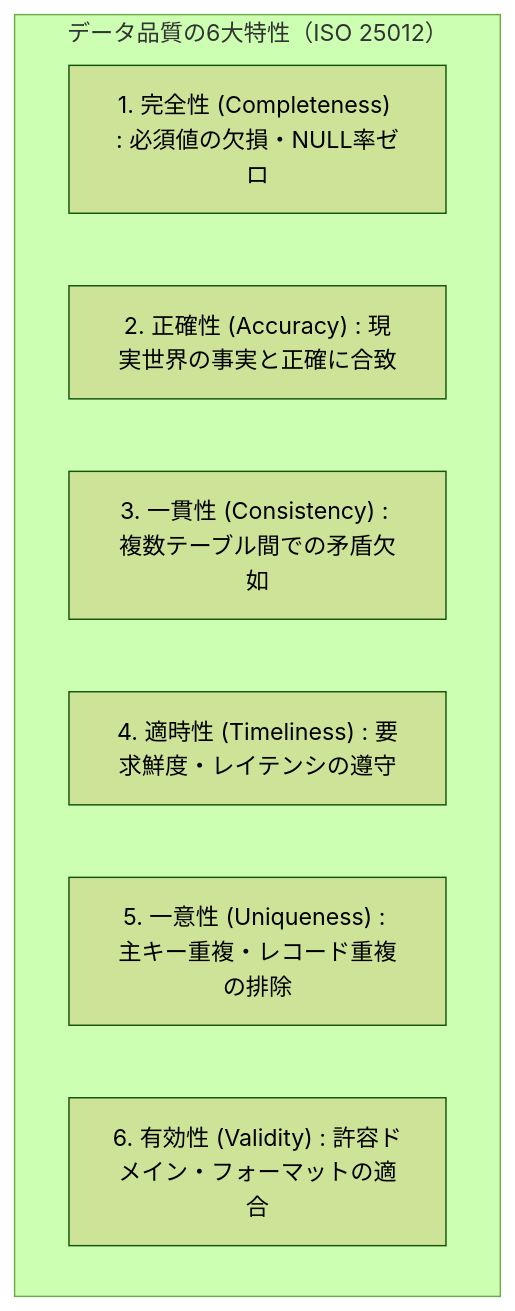
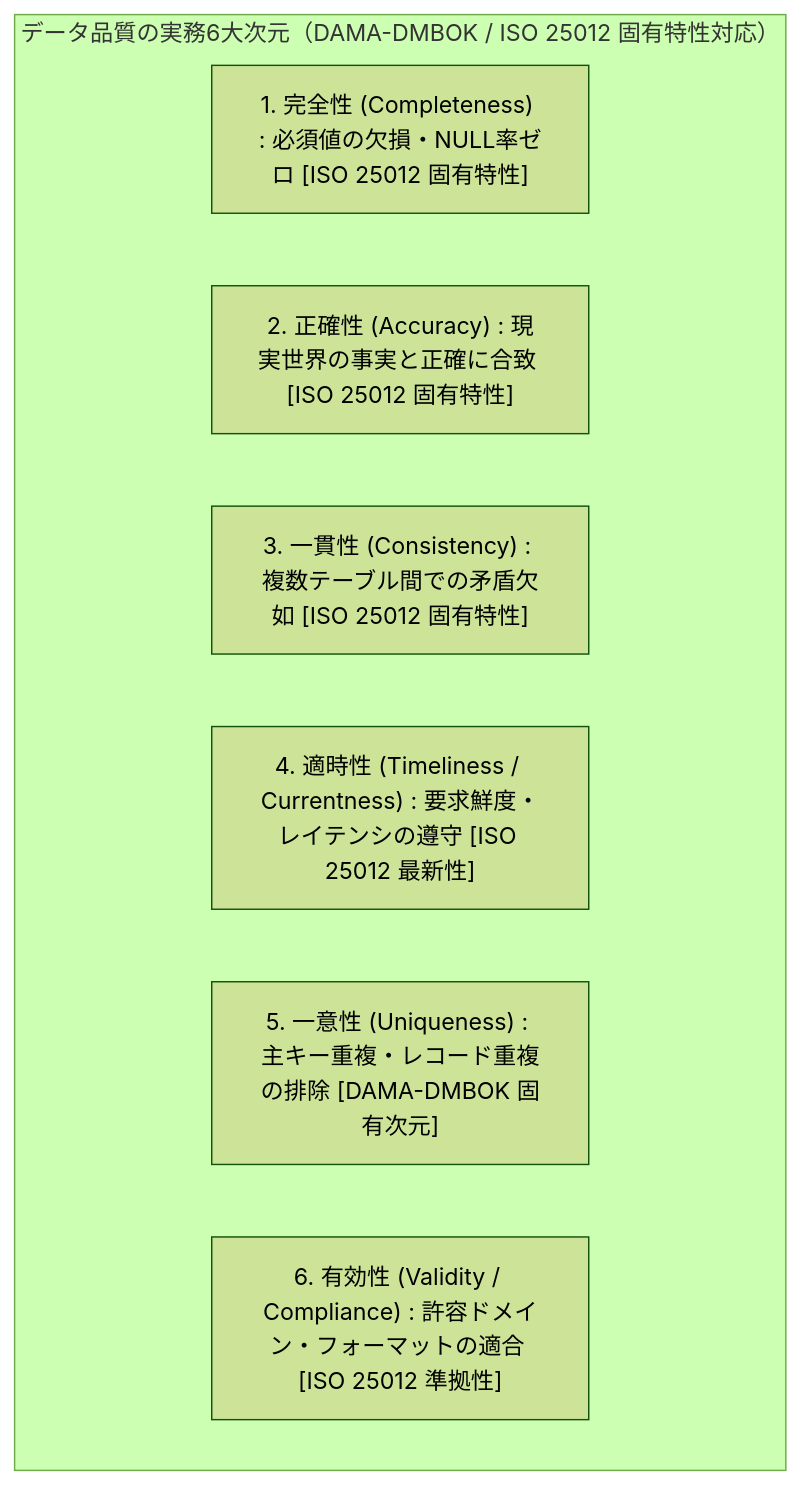
The first of 2 diagrams in manuscript/17_chapter17.md (AnaharaYasuo/product-quality-management-book), drawn with Mermaid (forest theme) before and after one commit. The commit also changed other lines of this file and 11 other files, not shown here.

````diff
--- a/manuscript/17_chapter17.md
+++ b/manuscript/17_chapter17.md
@@ -15,11 +18,11 @@
 ```mermaid
 flowchart TD
-    subgraph DataQualityDim["データ品質の6大特性（ISO 25012）"]
-        A["1. 完全性 (Completeness) : 必須値の欠損・NULL率ゼロ"]
-        B["2. 正確性 (Accuracy) : 現実世界の事実と正確に合致"]
-        C["3. 一貫性 (Consistency) : 複数テーブル間での矛盾欠如"]
-        D["4. 適時性 (Timeliness) : 要求鮮度・レイテンシの遵守"]
-        E["5. 一意性 (Uniqueness) : 主キー重複・レコード重複の排除"]
-        F["6. 有効性 (Validity) : 許容ドメイン・フォーマットの適合"]
+    subgraph DataQualityDim["データ品質の実務6大次元（DAMA-DMBOK / ISO 25012 固有特性対応）"]
+        A["1. 完全性 (Completeness) : 必須値の欠損・NULL率ゼロ [ISO 25012 固有特性]"]
+        B["2. 正確性 (Accuracy) : 現実世界の事実と正確に合致 [ISO 25012 固有特性]"]
+        C["3. 一貫性 (Consistency) : 複数テーブル間での矛盾欠如 [ISO 25012 固有特性]"]
+        D["4. 適時性 (Timeliness / Currentness) : 要求鮮度・レイテンシの遵守 [ISO 25012 最新性]"]
+        E["5. 一意性 (Uniqueness) : 主キー重複・レコード重複の排除 [DAMA-DMBOK 固有次元]"]
+        F["6. 有効性 (Validity / Compliance) : 許容ドメイン・フォーマットの適合 [ISO 25012 準拠性]"]
     end
 ```
````
